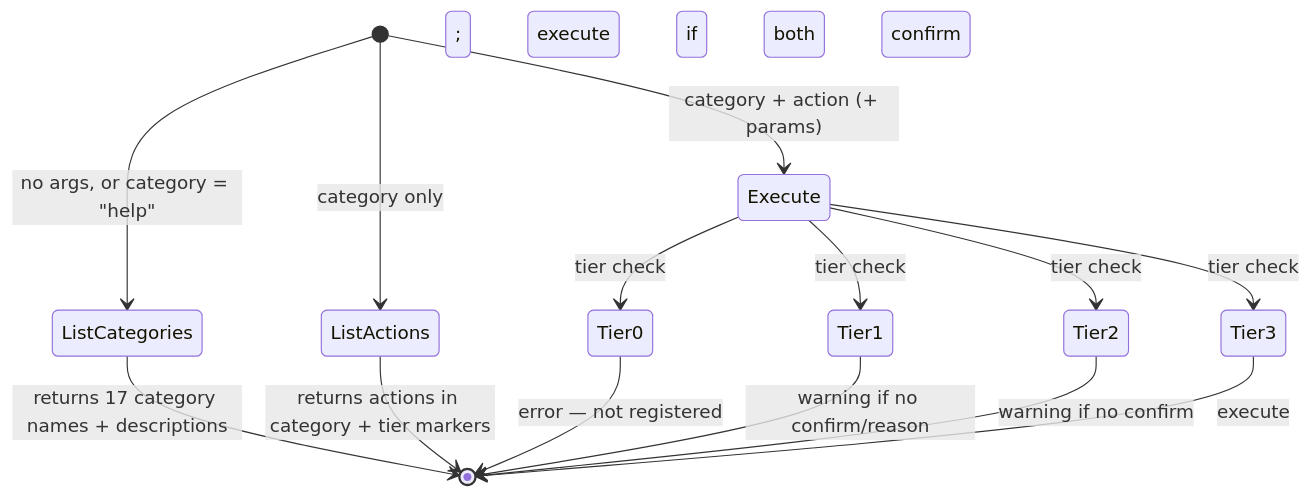
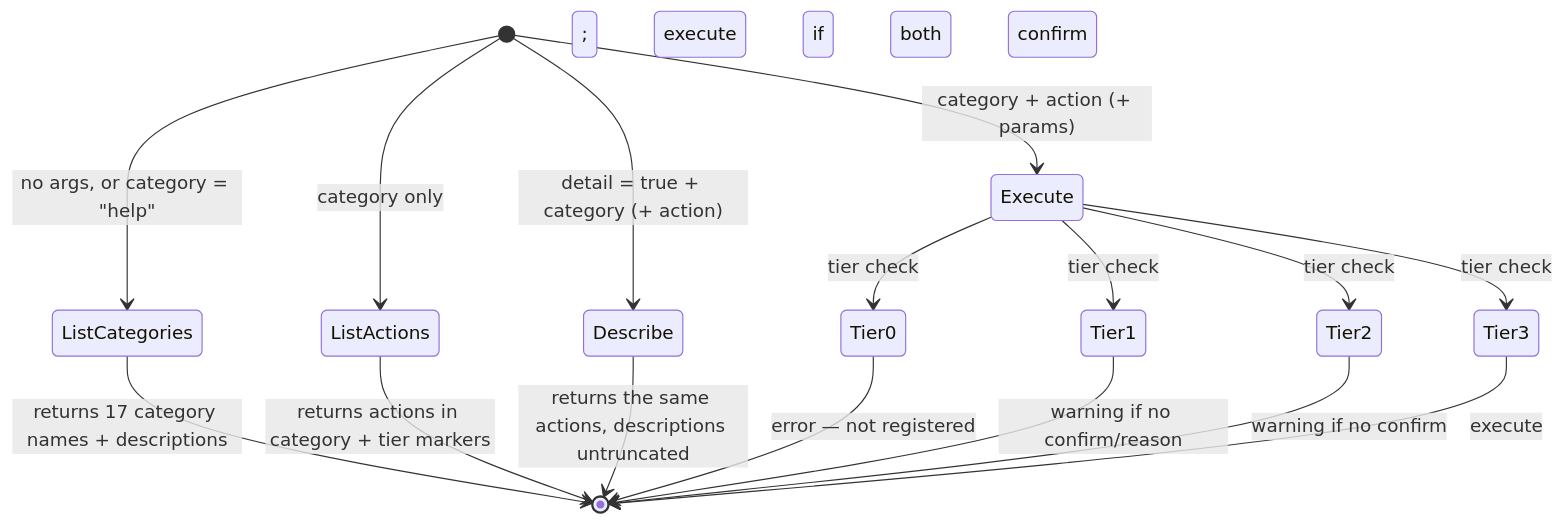
Before and after one commit to staticrevolution-com/sr-truenas-mcp: the second of 5 diagrams in docs/ARCHITECTURE.md, drawn with Mermaid. The commit also changed other lines of this file and 9 other files, not shown here.

First line of the commit message:
Add an opt-in detail mode for untruncated parameter descriptions (#61)

````diff
--- a/docs/ARCHITECTURE.md
+++ b/docs/ARCHITECTURE.md
@@ -188,17 +189,19 @@
 ```mermaid
 stateDiagram-v2
     [*] --> ListCategories: no args, or category = "help"
     [*] --> ListActions: category only
+    [*] --> Describe: detail = true + category (+ action)
     [*] --> Execute: category + action (+ params)
 
     ListCategories --> [*]: returns 17 category names + descriptions
     ListActions --> [*]: returns actions in category + tier markers
+    Describe --> [*]: returns the same actions, descriptions untruncated
     Execute --> Tier0: tier check
     Tier0 --> [*]: error — not registered
     Execute --> Tier1: tier check
     Tier1 --> [*]: warning if no confirm/reason; execute if both
     Execute --> Tier2: tier check
     Tier2 --> [*]: warning if no confirm; execute if confirm
     Execute --> Tier3: tier check
     Tier3 --> [*]: execute
 ```
````
